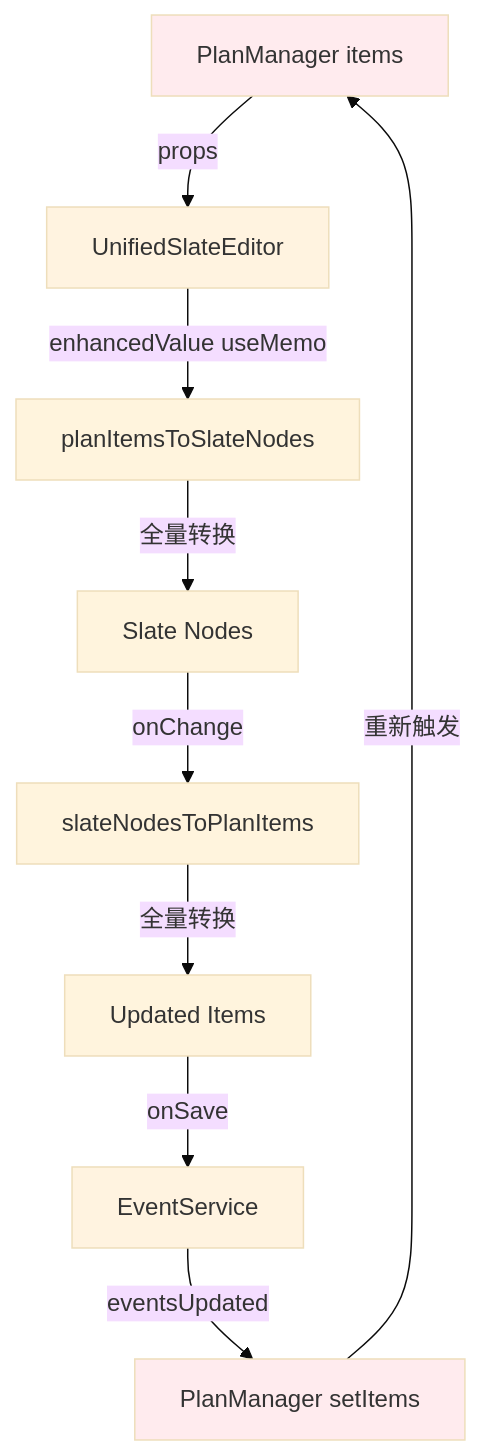
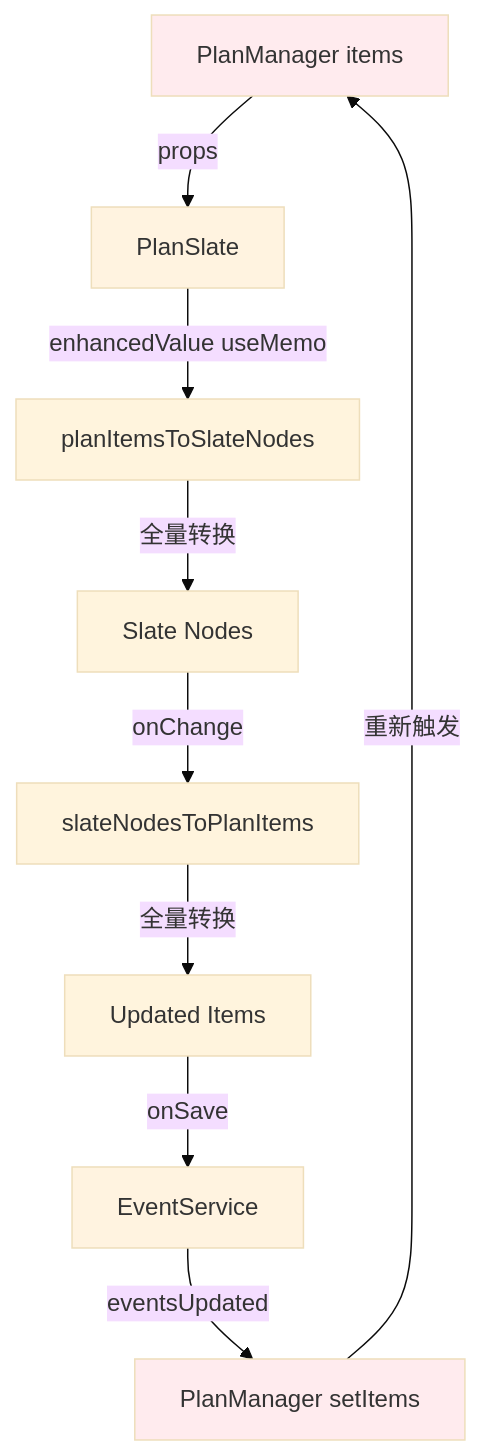
Before and after one commit to zoeysnowy/ReMarkable: the first of 2 diagrams in docs/architecture/SLATE_PLANMANAGER_REFACTOR_PLAN.md, drawn with Mermaid (base theme). The commit also changed other lines of this file and 100 other files, not shown here.

Commit message:
refactor: 重构Slate编辑器架构 - LightSlateEditorModalSlate, UnifiedSlateEditorPlanSlate，统一PRD文档

````diff
--- a/docs/architecture/SLATE_PLANMANAGER_REFACTOR_PLAN.md
+++ b/docs/architecture/SLATE_PLANMANAGER_REFACTOR_PLAN.md
@@ -31,16 +31,16 @@
 ```mermaid
 graph TD
-    A[PlanManager items] -->|props| B[UnifiedSlateEditor]
+    A[PlanManager items] -->|props| B[PlanSlate]
     B -->|enhancedValue useMemo| C[planItemsToSlateNodes]
     C -->|全量转换| D[Slate Nodes]
     D -->|onChange| E[slateNodesToPlanItems]
     E -->|全量转换| F[Updated Items]
     F -->|onSave| G[EventService]
     G -->|eventsUpdated| H[PlanManager setItems]
     H -->|重新触发| A
     
     style A fill:#ffebee
     style H fill:#ffebee
     style B fill:#fff3e0
     style G fill:#fff3e0
 ```
````
